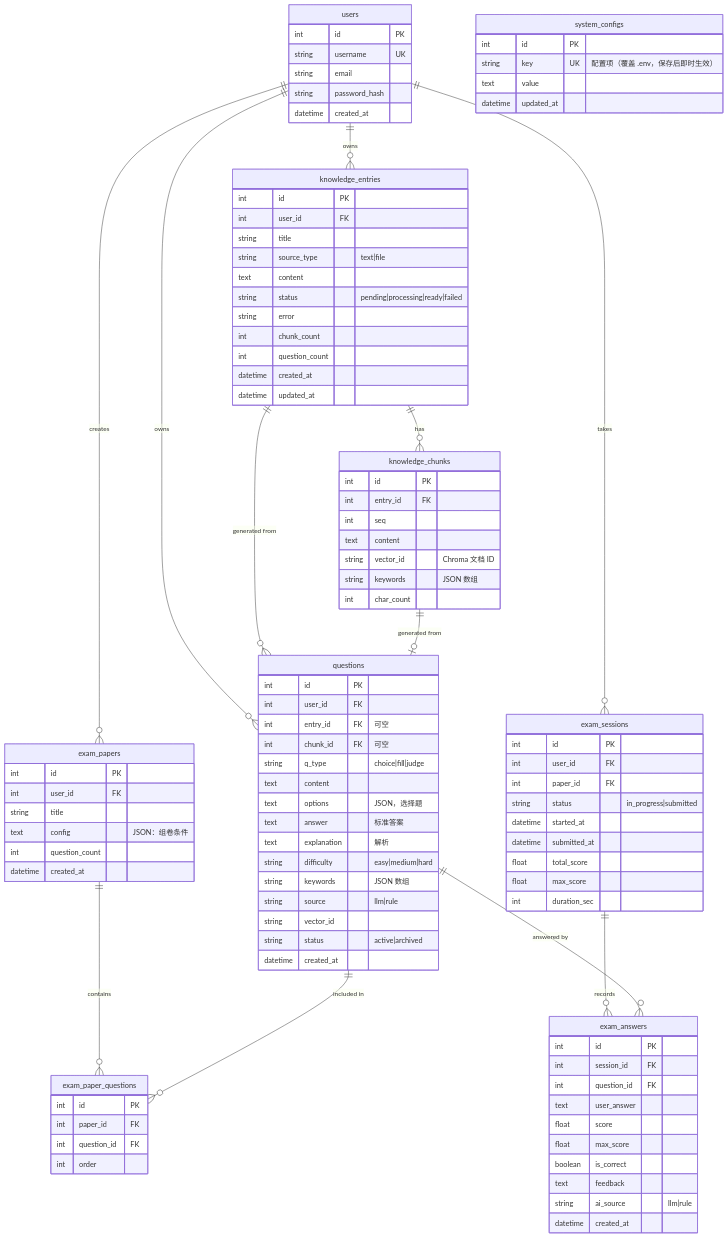
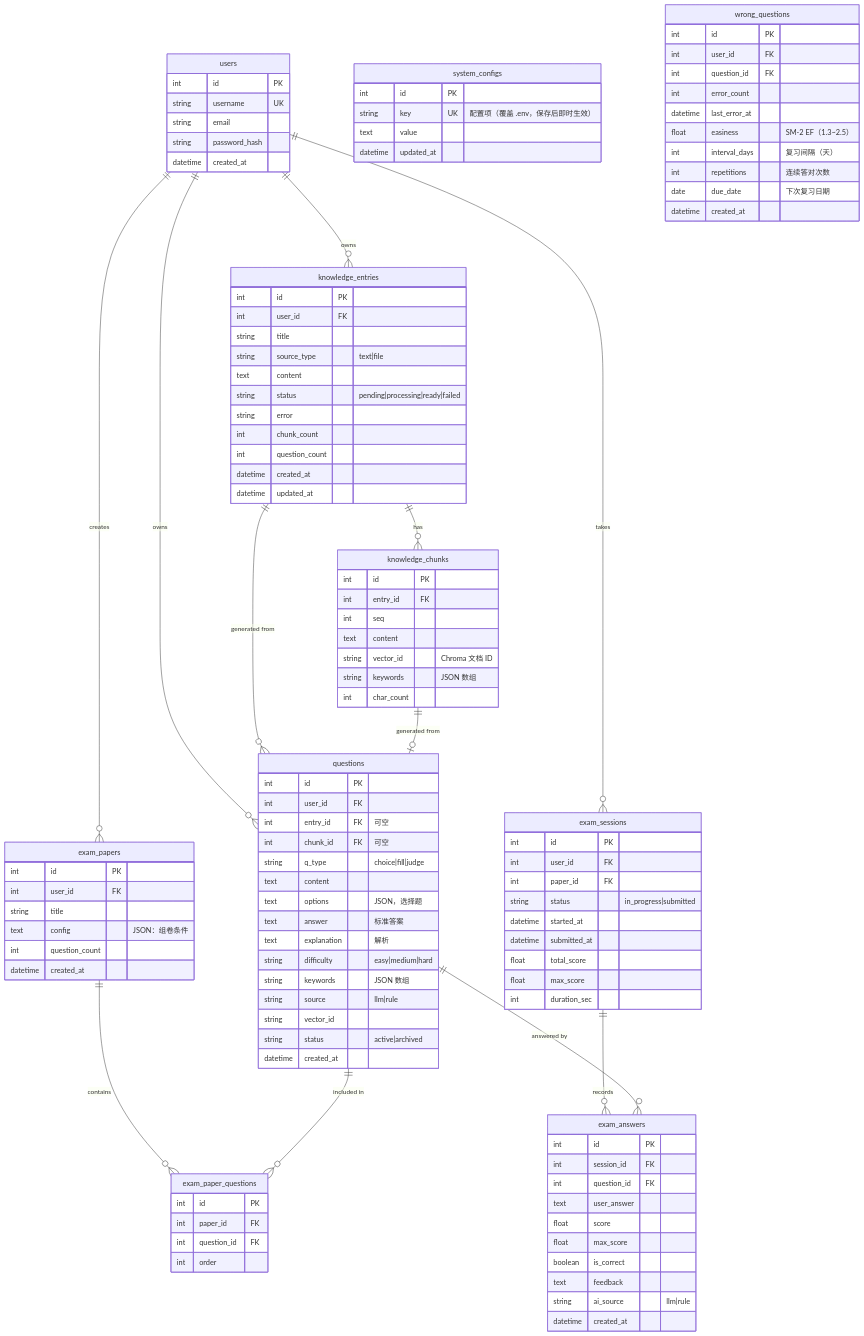
Before and after one commit to flashJJ/interview-trainer: the first of 2 diagrams in docs/01-需求分析与架构设计.md, drawn with Mermaid. The commit also changed other lines of this file and 29 other files, not shown here.

````diff
--- a/docs/01-需求分析与架构设计.md
+++ b/docs/01-需求分析与架构设计.md
@@ -240,4 +247,16 @@
         text value
         datetime updated_at
     }
+    wrong_questions {
+        int id PK
+        int user_id FK
+        int question_id FK
+        int error_count
+        datetime last_error_at
+        float easiness "SM-2 EF（1.3~2.5）"
+        int interval_days "复习间隔（天）"
+        int repetitions "连续答对次数"
+        date due_date "下次复习日期"
+        datetime created_at
+    }
 ```
````
